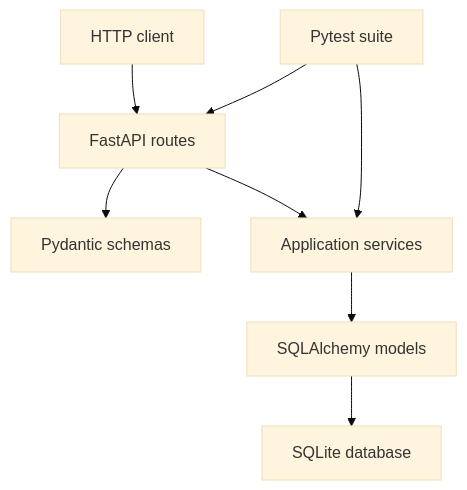
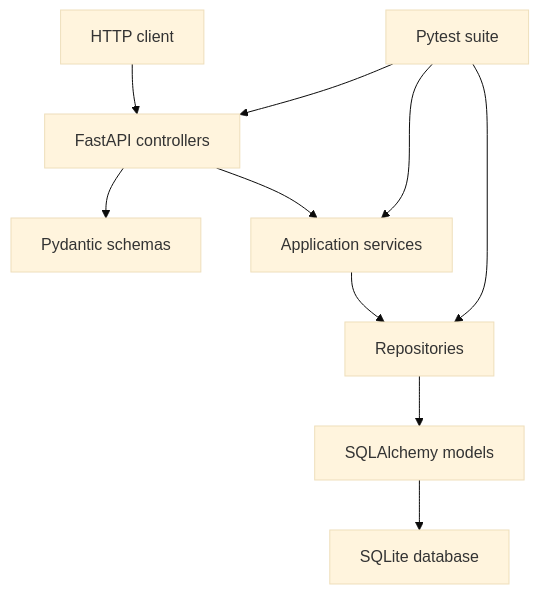
The first of 3 diagrams in docs/architecture.md (andredemari/micro-api-work-items), drawn with Mermaid (base theme) before and after one commit. The commit also changed other lines of this file and 6 other files, not shown here.

Commit message:
refactor: align controllers with course architecture

````diff
--- a/docs/architecture.md
+++ b/docs/architecture.md
@@ -13,10 +14,12 @@
 ```mermaid
 flowchart TD
-    Client["HTTP client"] --> Routes["FastAPI routes"]
-    Routes --> Schemas["Pydantic schemas"]
-    Routes --> Services["Application services"]
-    Services --> Models["SQLAlchemy models"]
+    Client["HTTP client"] --> Controllers["FastAPI controllers"]
+    Controllers --> Schemas["Pydantic schemas"]
+    Controllers --> Services["Application services"]
+    Services --> Repositories["Repositories"]
+    Repositories --> Models["SQLAlchemy models"]
     Models --> SQLite["SQLite database"]
-    Tests["Pytest suite"] --> Routes
+    Tests["Pytest suite"] --> Controllers
     Tests --> Services
+    Tests --> Repositories
 ```
````
